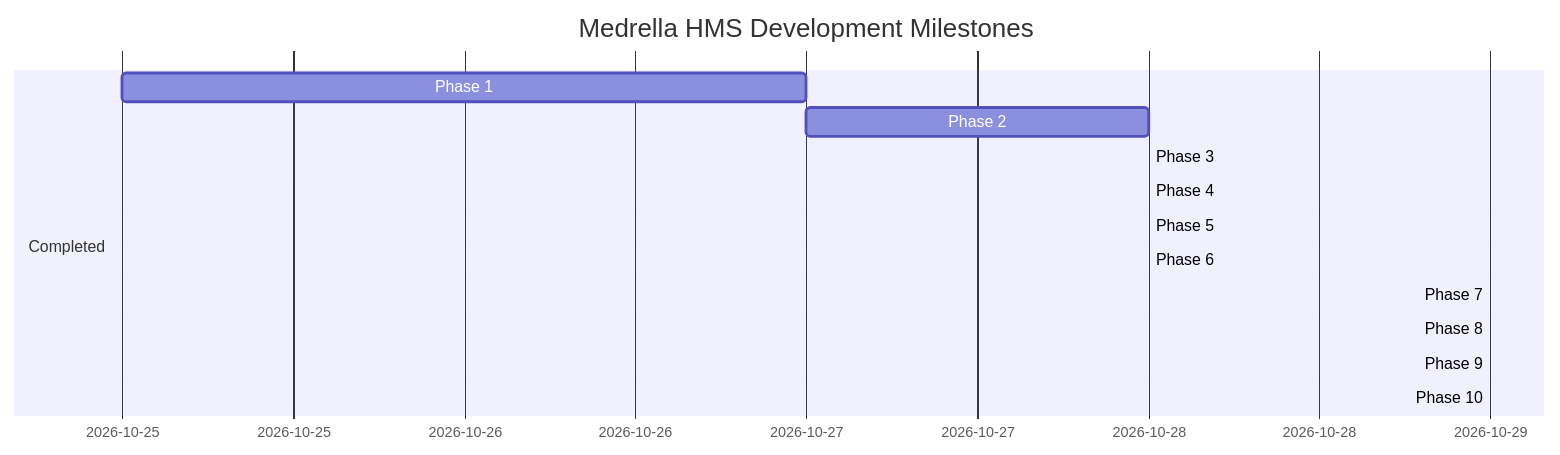
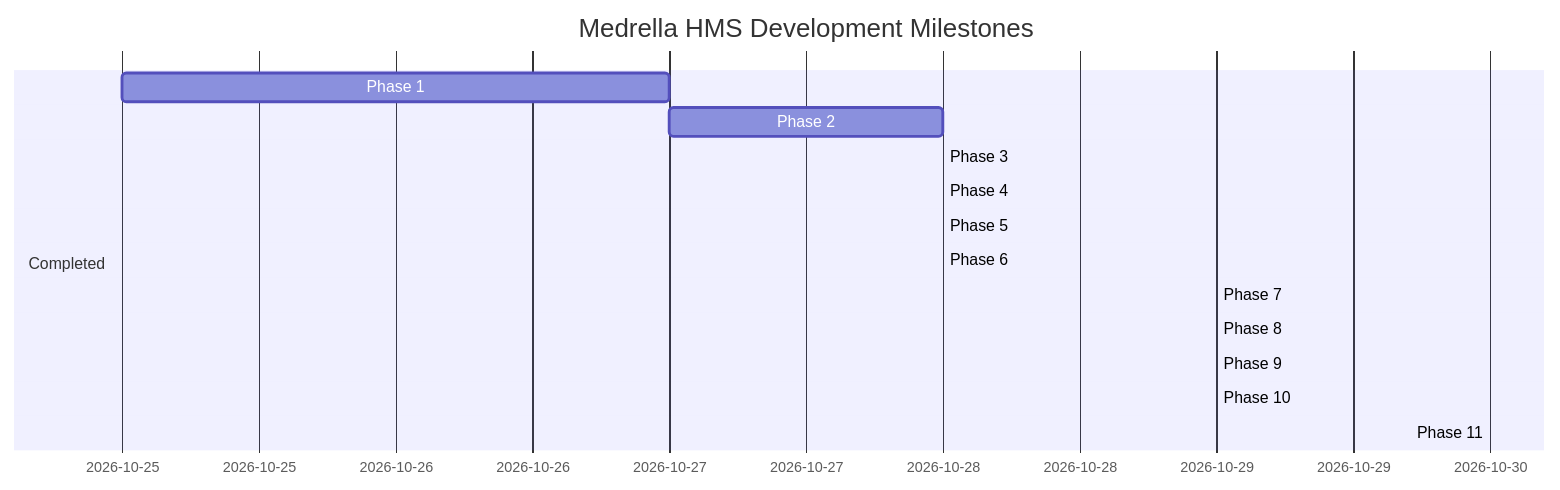
Before and after one commit to ankitjha93/medrella-hms-PearlThoughts: the diagram in plans/roadmap.md, drawn with Mermaid. The commit also changed 21 other files, not shown here.

Commit message:
feat(payments): implement Razorpay/Stripe payments, 10m slot hold, refund management, and automated reminders

````diff
--- a/plans/roadmap.md
+++ b/plans/roadmap.md
@@ -9,16 +9,17 @@
 ```mermaid
 gantt
     title Medrella HMS Development Milestones
     dateFormat  YYYY-MM-DD
     section Completed
     Phase 1: Foundation & UI            :done, 2026-10-25, 2026-10-27
     Phase 2: Slot Booking Engine        :done, 2026-10-27, 2026-10-28
     Phase 3: Clinical Suite & OPD Queue :done, 2026-10-28, 2026-10-28
     Phase 4: Appointment Rescheduling   :done, 2026-10-28, 2026-10-28
     Phase 5: Doctor Leave & Blackouts   :done, 2026-10-28, 2026-10-28
     Phase 6: AI Clinical Symptom Triage :done, 2026-10-28, 2026-10-28
     Phase 7: Doctor Profiles & Reviews  :done, 2026-10-29, 2026-10-29
     Phase 8: Enterprise EMR Modules     :done, 2026-10-29, 2026-10-29
     Phase 9: Supabase Auth & RBAC       :done, 2026-10-29, 2026-10-29
     Phase 10: Auth Enhancements Suite   :done, 2026-10-29, 2026-10-29
+    Phase 11: Payments & Reminders      :done, 2026-10-30, 2026-10-30
 ```
````
